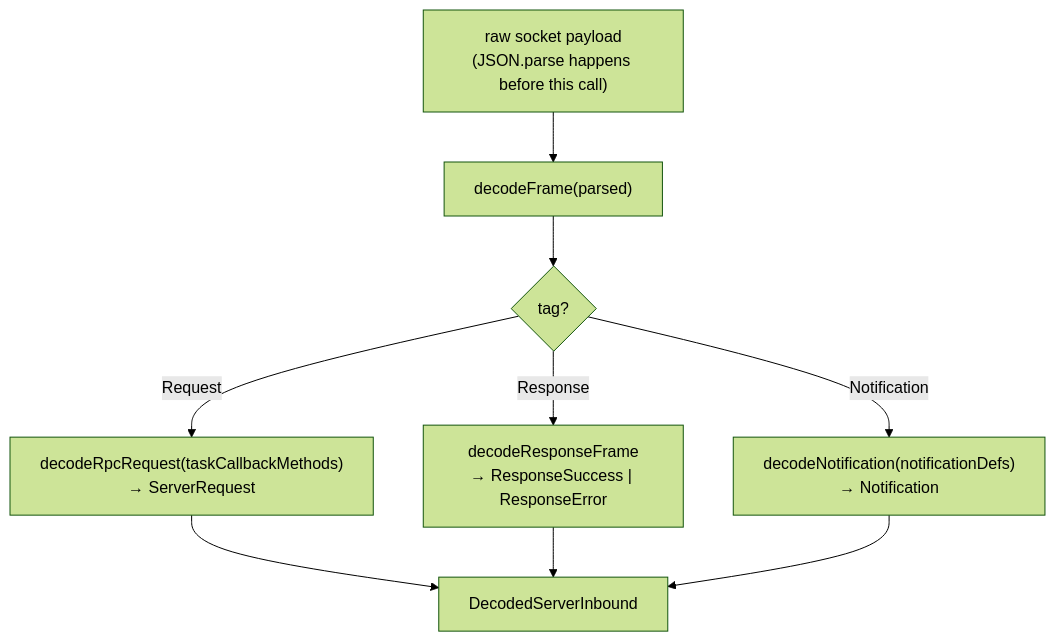
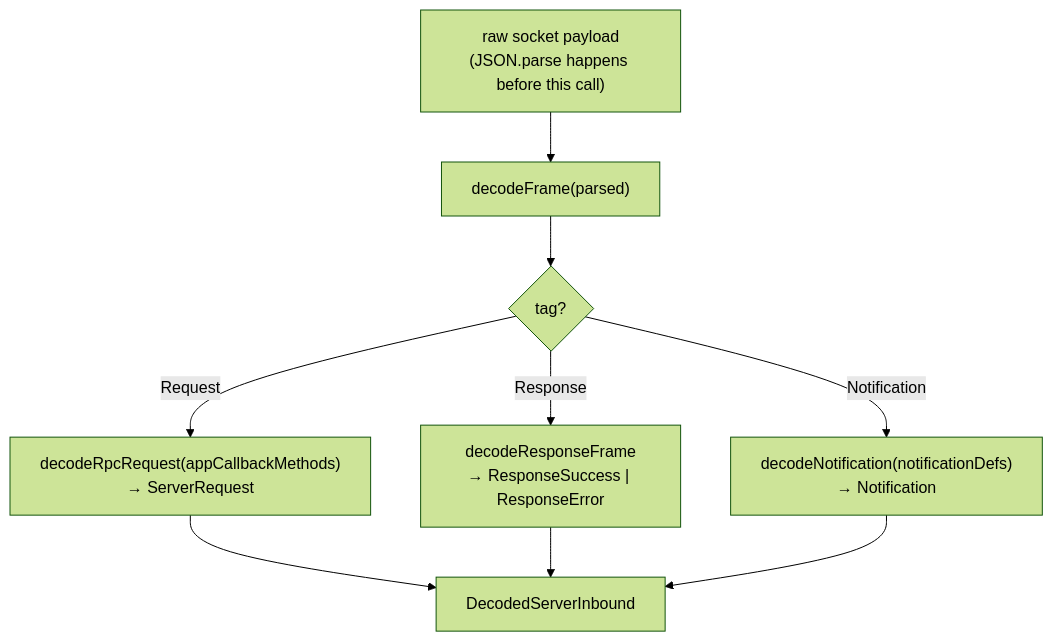
Before and after one commit to chughtapan/moltzap: the second of 2 diagrams in docs/modules/protocol/src.mdx, drawn with Mermaid (forest theme). The commit also changed other lines of this file and 39 other files, not shown here.

````diff
--- a/docs/modules/protocol/src.mdx
+++ b/docs/modules/protocol/src.mdx
@@ -379,12 +391,12 @@
 ```mermaid
 flowchart TD
   A["raw socket payload<br>(JSON.parse happens before this call)"]
   A --> B["decodeFrame(parsed)"]
   B --> C{tag?}
-  C -->|Request| D["decodeRpcRequest(taskCallbackMethods)<br>→ ServerRequest"]
+  C -->|Request| D["decodeRpcRequest(appCallbackMethods)<br>→ ServerRequest"]
   C -->|Response| E["decodeResponseFrame<br>→ ResponseSuccess | ResponseError"]
   C -->|Notification| F["decodeNotification(notificationDefs)<br>→ Notification"]
   D --> G[DecodedServerInbound]
   E --> G
   F --> G
 ```
````
